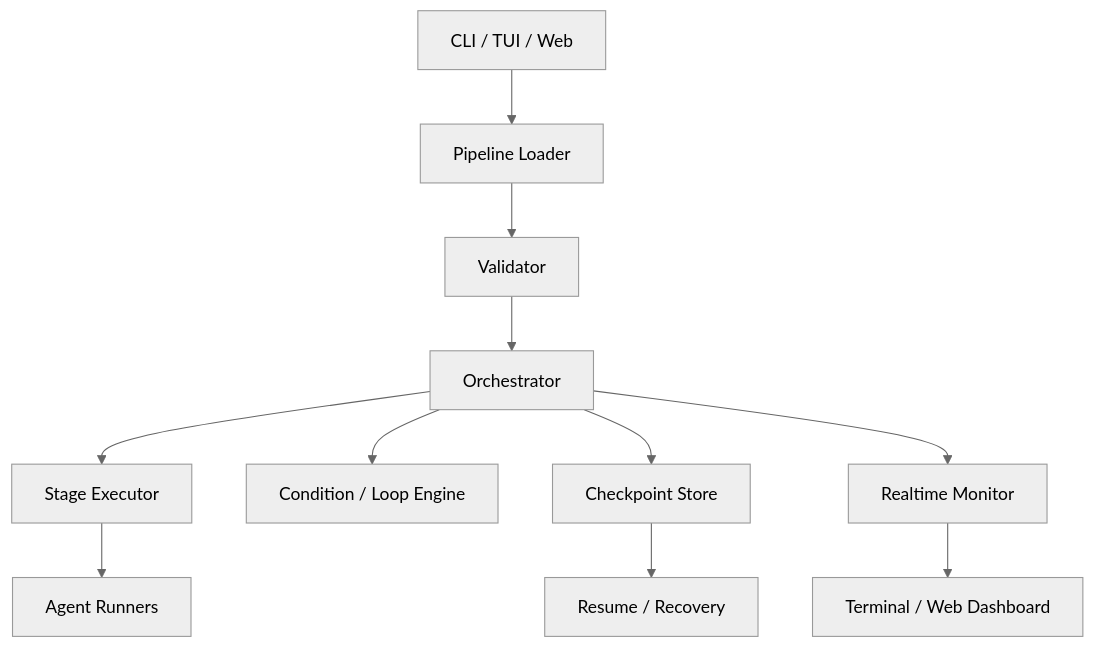
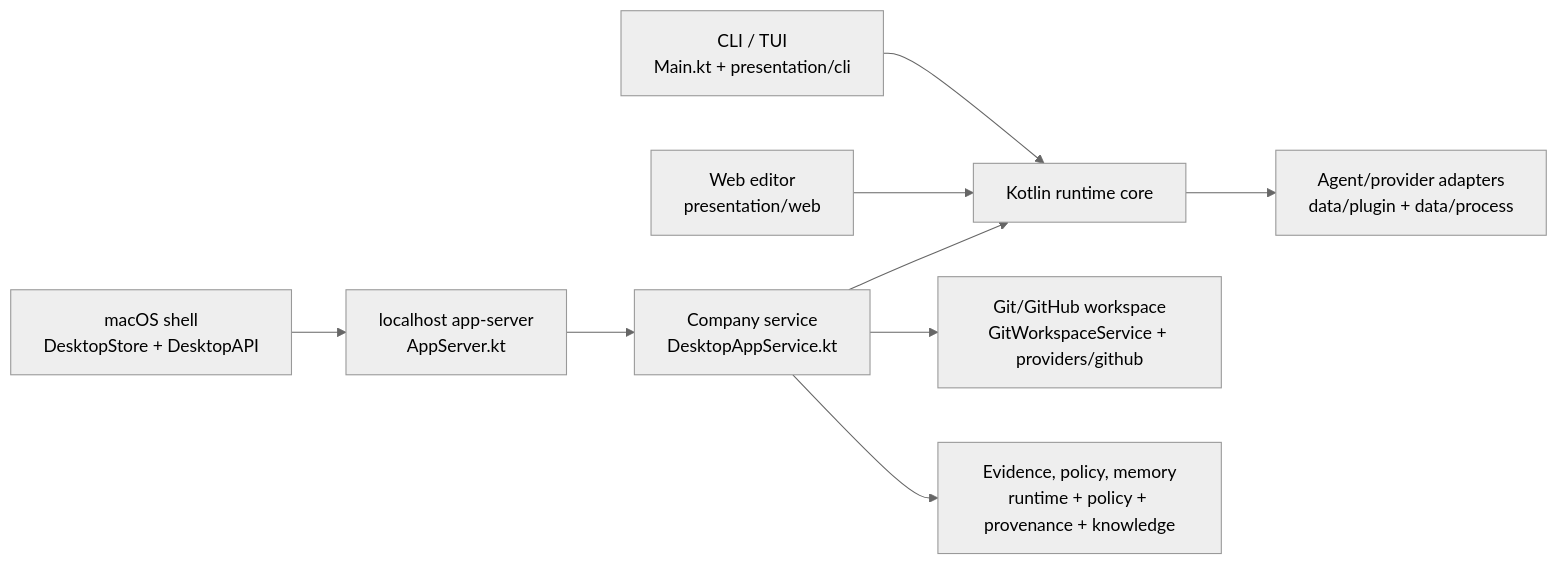
One commit to bssm-oss/cotor changed the first of 3 diagrams in docs/ARCHITECTURE.ko.md. Above: the diagram before and after it, drawn with Mermaid (neutral theme). The commit also changed other lines of this file and 16 other files, not shown here.

First line of the commit message:
docs: align architecture and module guides

````diff
--- a/docs/ARCHITECTURE.ko.md
+++ b/docs/ARCHITECTURE.ko.md
@@ -11,16 +15,11 @@
 ```mermaid
-graph TD
-    A["CLI / TUI / Web"] --> B["Pipeline Loader"]
-    B --> C["Validator"]
-    C --> D["Orchestrator"]
-
-    D --> E["Stage Executor"]
-    E --> F["Agent Runners"]
-
-    D --> G["Condition / Loop Engine"]
-    D --> H["Checkpoint Store"]
-    D --> I["Realtime Monitor"]
-
-    I --> J["Terminal / Web Dashboard"]
-    H --> K["Resume / Recovery"]
+flowchart LR
+    CLI["CLI / TUI<br/>Main.kt + presentation/cli"] --> Core["Kotlin runtime core"]
+    Web["Web editor<br/>presentation/web"] --> Core
+    Mac["macOS shell<br/>DesktopStore + DesktopAPI"] --> AppServer["localhost app-server<br/>AppServer.kt"]
+    AppServer --> Service["Company service<br/>DesktopAppService.kt"]
+    Service --> Core
+    Core --> Agents["Agent/provider adapters<br/>data/plugin + data/process"]
+    Service --> Git["Git/GitHub workspace<br/>GitWorkspaceService + providers/github"]
+    Service --> Evidence["Evidence, policy, memory<br/>runtime + policy + provenance + knowledge"]
 ```
````
